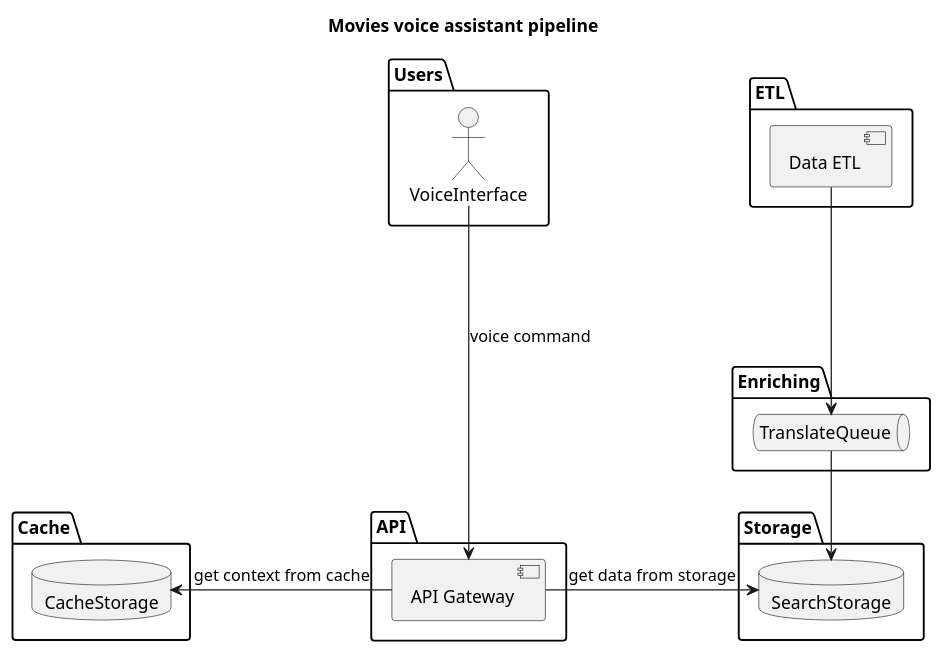
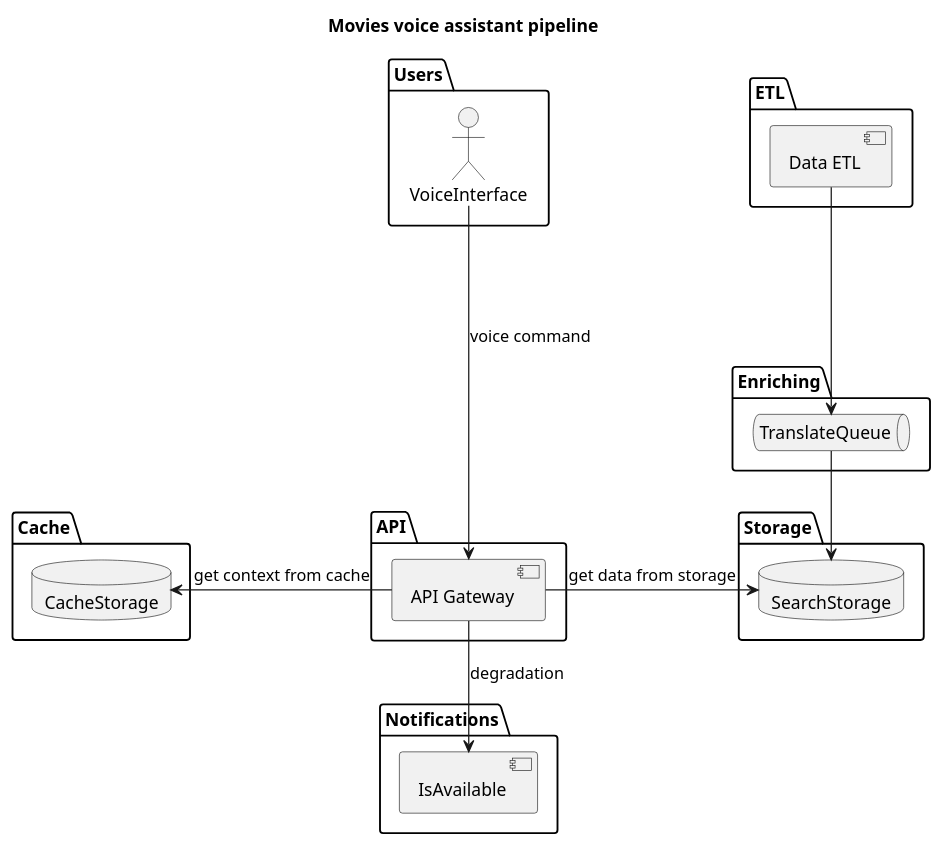
The diagram in docs/s2-project.puml (artwist-polyakov/voice_assistant_midpy), drawn with PlantUML before and after one commit.

Commit message:
добавляет апи уведомлений

```diff
--- a/docs/s2-project.puml
+++ b/docs/s2-project.puml
@@ -1,43 +1,47 @@
 @startuml
 
 title
 <b>Movies voice assistant pipeline</b>
 end title
 
 package Users {
     actor VoiceInterface
 
 }
 
 package ETL {
     [Data ETL]
 }
 
 package API {
     [API Gateway]
 }
 
 package Storage {
    database SearchStorage
 }
 
 package Cache {
     database CacheStorage
 }
 
 package Enriching {
     queue TranslateQueue
 }
 
+package  Notifications {
+    [IsAvailable]
+}
+
 VoiceInterface --down--> [API Gateway] : voice command
 
 [API Gateway] -left-> CacheStorage : get context from cache
 
 [API Gateway] -right-> SearchStorage : get data from storage
 
 [Data ETL]  --down-> TranslateQueue
 TranslateQueue -down-> SearchStorage
 
-
+[API Gateway] --> [IsAvailable] : degradation
 
 @enduml
```
